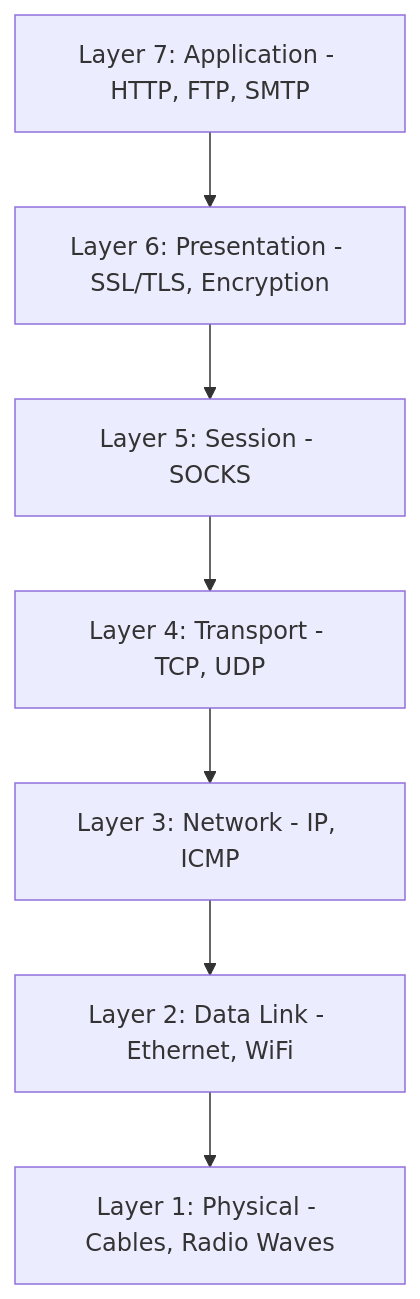
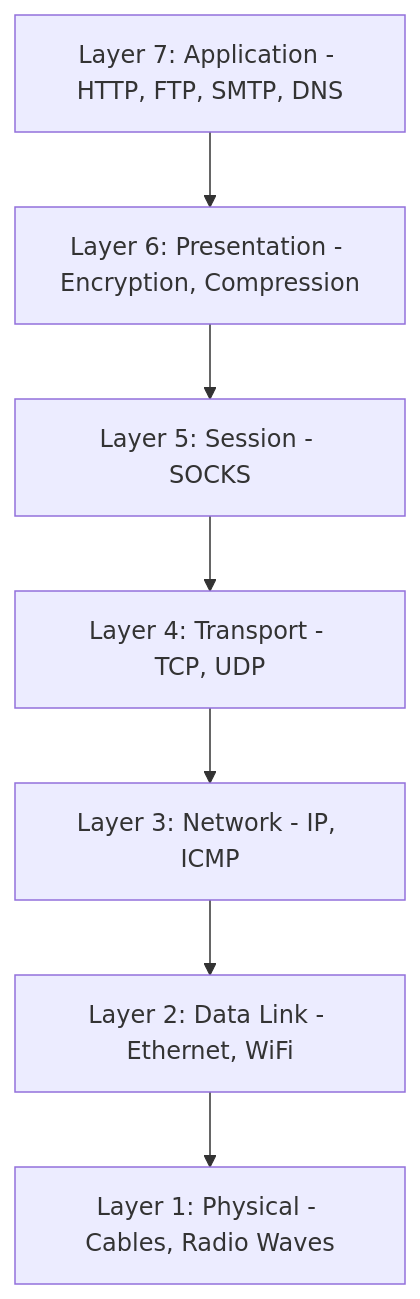
The first of 3 diagrams in docs/en/deep-dive/network/network-fundamentals.md (autoscrape-labs/pydoll), drawn with Mermaid before and after one commit. The commit also changed other lines of this file and 4 other files, not shown here.

````diff
--- a/docs/en/deep-dive/network/network-fundamentals.md
+++ b/docs/en/deep-dive/network/network-fundamentals.md
@@ -31,12 +20,12 @@
 ```mermaid
 graph TD
-    L7[Layer 7: Application - HTTP, FTP, SMTP]
-    L6[Layer 6: Presentation - SSL/TLS, Encryption]
+    L7[Layer 7: Application - HTTP, FTP, SMTP, DNS]
+    L6[Layer 6: Presentation - Encryption, Compression]
     L5[Layer 5: Session - SOCKS]
     L4[Layer 4: Transport - TCP, UDP]
     L3[Layer 3: Network - IP, ICMP]
     L2[Layer 2: Data Link - Ethernet, WiFi]
     L1[Layer 1: Physical - Cables, Radio Waves]
-    
+
     L7 --> L6 --> L5 --> L4 --> L3 --> L2 --> L1
 ```
````
